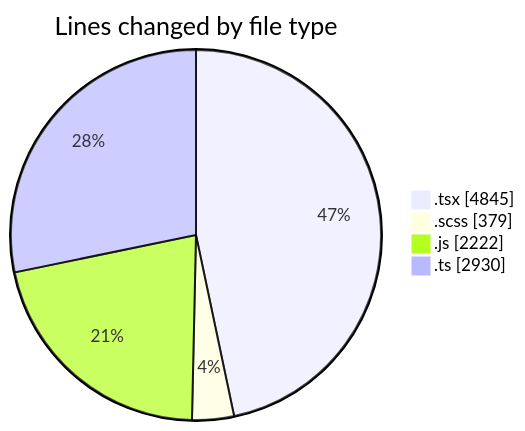
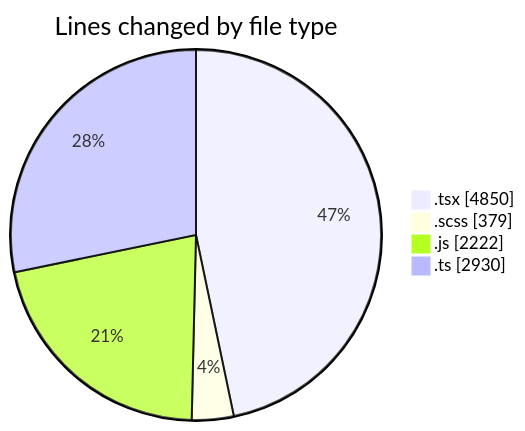
The first of 2 diagrams in 2026-06-17/cda/README.md (momahboobian/code-tracking), drawn with Mermaid before and after one commit. The commit also changed other lines of this file and 1 other file, not shown here.

````diff
--- a/2026-06-17/cda/README.md
+++ b/2026-06-17/cda/README.md
@@ -60,8 +60,8 @@
 ```mermaid
 pie showData
 title Lines changed by file type
-".tsx" : 4845
+".tsx" : 4850
 ".scss" : 379
 ".js" : 2222
 ".ts" : 2930
 ```
````
